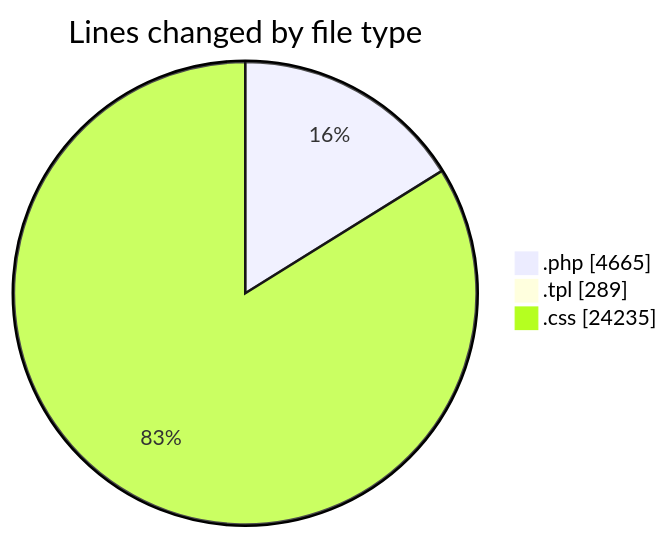
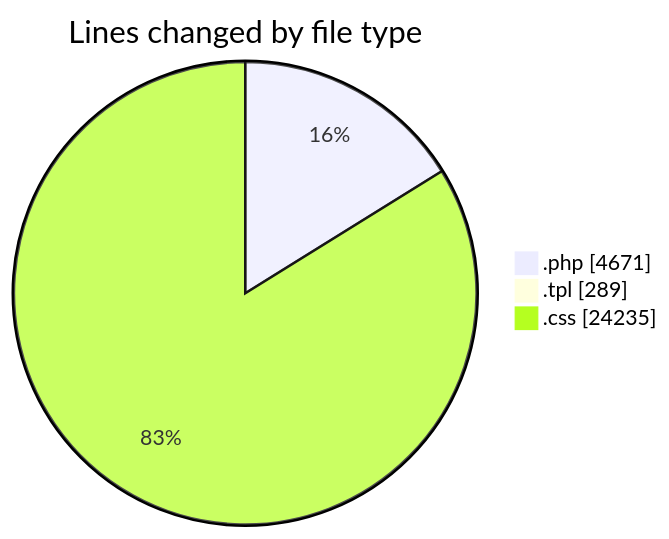
Before and after one commit to vahidmafi/code-tracking: the first of 2 diagrams in 2025-04-18/zeytoon/README.md, drawn with Mermaid. The commit also changed other lines of this file and 1 other file, not shown here.

````diff
--- a/2025-04-18/zeytoon/README.md
+++ b/2025-04-18/zeytoon/README.md
@@ -29,7 +29,7 @@
 ```mermaid
 pie showData
 title Lines changed by file type
-".php" : 4665
+".php" : 4671
 ".tpl" : 289
 ".css" : 24235
 ```
````
